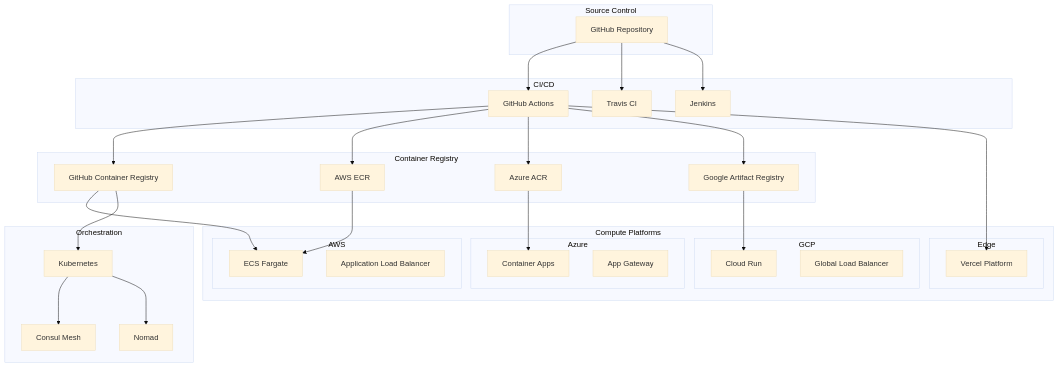
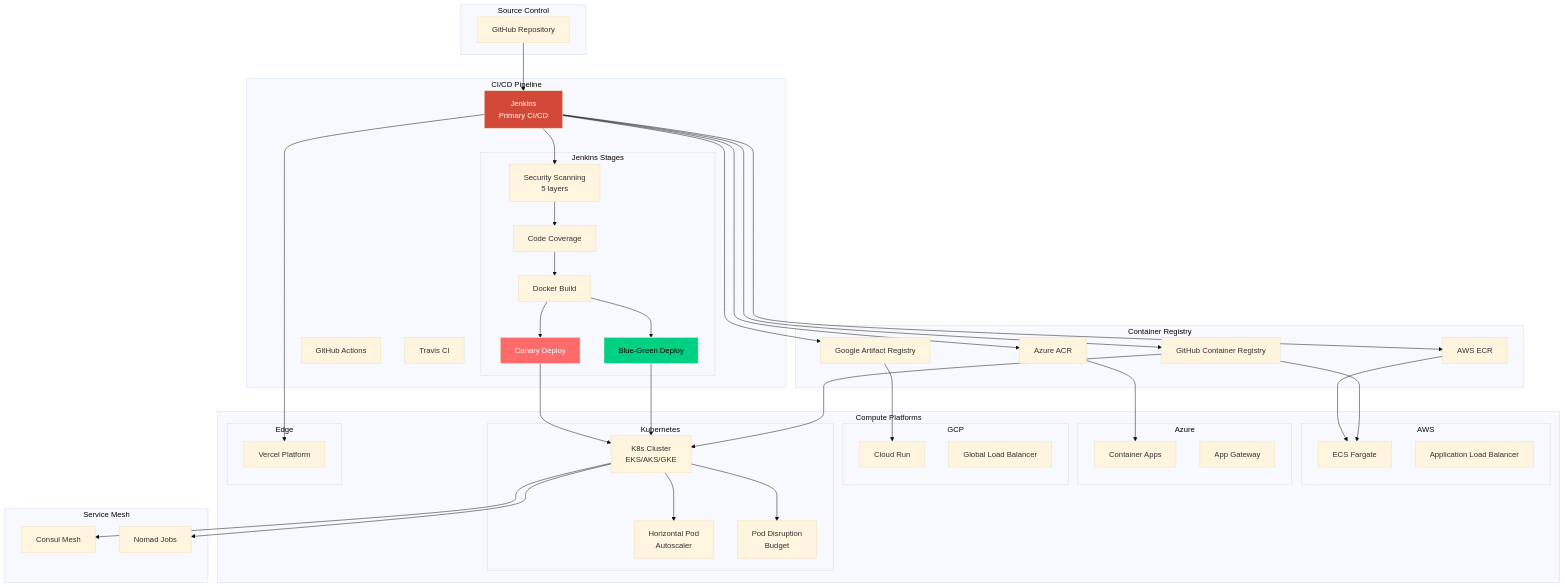
One commit to sisterai/estate-assistant-system changed diagram 15 of 29 in ARCHITECTURE.md. Above: the diagram before and after it, drawn with Mermaid (base theme). The commit also changed other lines of this file and 36 other files, not shown here.

````diff
--- a/ARCHITECTURE.md
+++ b/ARCHITECTURE.md
@@ -534,10 +534,18 @@
     GitHub[GitHub Repository]
   end
 
-  subgraph "CI/CD"
+  subgraph "CI/CD Pipeline"
     Actions[GitHub Actions]
     Travis[Travis CI]
-    Jenkins[Jenkins]
+    Jenkins[Jenkins<br/>Primary CI/CD]
+
+    subgraph "Jenkins Stages"
+      Security[Security Scanning<br/>5 layers]
+      Coverage[Code Coverage]
+      Build[Docker Build]
+      BGDeploy[Blue-Green Deploy]
+      Canary[Canary Deploy]
+    end
   end
 
   subgraph "Container Registry"
@@ -563,34 +571,51 @@
       GLB[Global Load Balancer]
     end
 
+    subgraph "Kubernetes"
+      K8s[K8s Cluster<br/>EKS/AKS/GKE]
+      HPA[Horizontal Pod<br/>Autoscaler]
+      PDB[Pod Disruption<br/>Budget]
+    end
+
     subgraph "Edge"
       Vercel[Vercel Platform]
     end
   end
 
-  subgraph "Orchestration"
-    K8s[Kubernetes]
+  subgraph "Service Mesh"
     Consul[Consul Mesh]
-    Nomad[Nomad]
+    Nomad[Nomad Jobs]
   end
 
-  GitHub --> Actions
-  GitHub --> Travis
   GitHub --> Jenkins
+  Jenkins --> Security
+  Security --> Coverage
+  Coverage --> Build
+  Build --> BGDeploy
+  Build --> Canary
 
-  Actions --> GHCR
-  Actions --> ECR
-  Actions --> ACR
-  Actions --> GAR
+  Jenkins --> GHCR
+  Jenkins --> ECR
+  Jenkins --> ACR
+  Jenkins --> GAR
 
   GHCR --> ECS
   ECR --> ECS
   ACR --> ACA
   GAR --> CloudRun
+  GHCR --> K8s
 
-  Actions --> Vercel
+  BGDeploy --> K8s
+  Canary --> K8s
 
-  GHCR --> K8s
+  K8s --> HPA
+  K8s --> PDB
   K8s --> Consul
   K8s --> Nomad
+
+  Jenkins --> Vercel
+
+  style Jenkins fill:#D24939,color:#fff
+  style BGDeploy fill:#00D084,color:#000
+  style Canary fill:#FF6B6B,color:#fff
 ```
````
